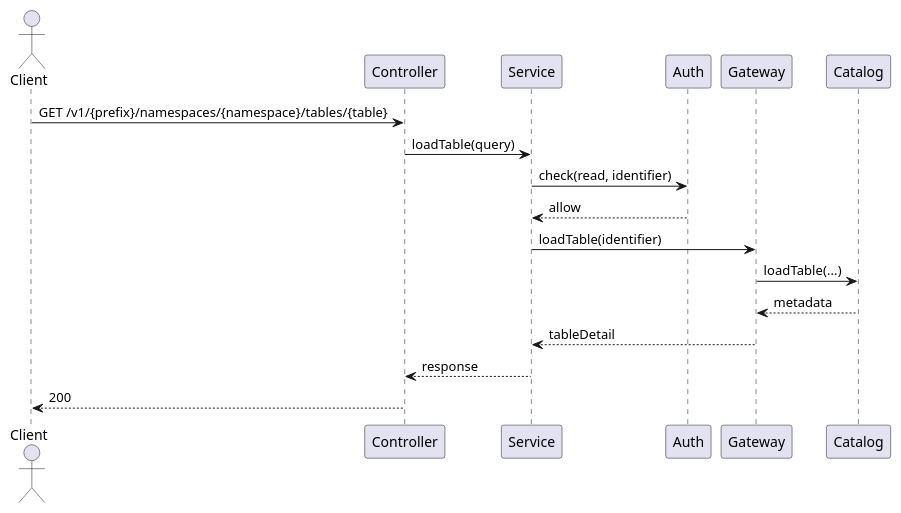
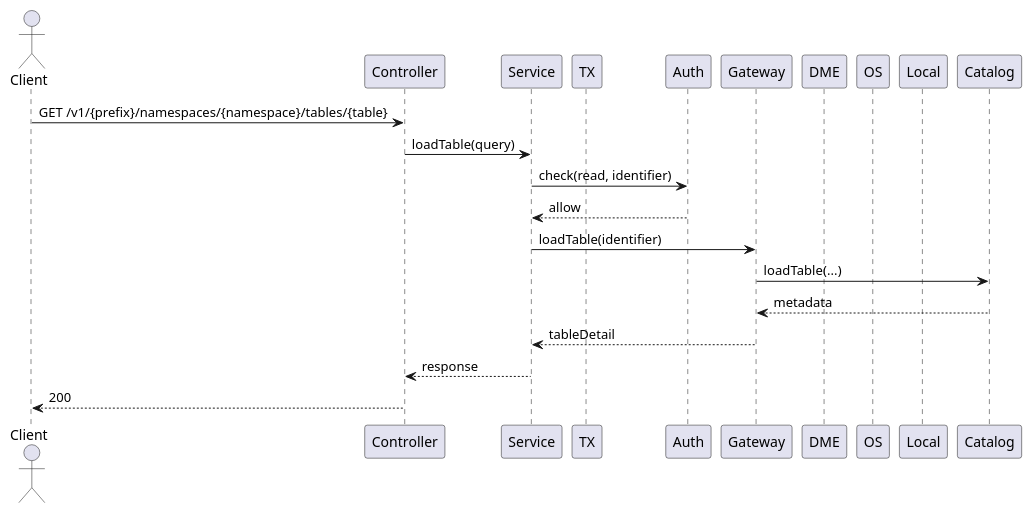
Diagram 12 of 17 in Iceberg_Table接口能力_软件实现设计说明书.md (jingwang-0415/codex), drawn with PlantUML before and after one commit. The commit also changed other lines of this file, not shown here.

````diff
--- a/Iceberg_Table接口能力_软件实现设计说明书.md
+++ b/Iceberg_Table接口能力_软件实现设计说明书.md
@@ -976,21 +1220,25 @@
 ```plantuml
 @startuml
 actor Client
 participant Controller
 participant Service
+participant TX as TransactionCoordinator
 participant Auth
 participant Gateway
+participant DME
+participant OS as OpenSearch
+participant Local
 participant Catalog
 
 Client -> Controller : GET /v1/{prefix}/namespaces/{namespace}/tables/{table}
 Controller -> Service : loadTable(query)
 Service -> Auth : check(read, identifier)
 Auth --> Service : allow
 Service -> Gateway : loadTable(identifier)
 Gateway -> Catalog : loadTable(...)
 Catalog --> Gateway : metadata
 Gateway --> Service : tableDetail
 Service --> Controller : response
 Controller --> Client : 200
 @enduml
 ```
````
